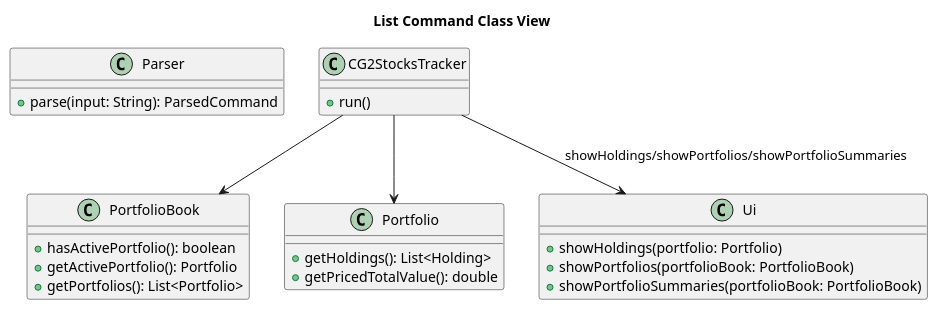
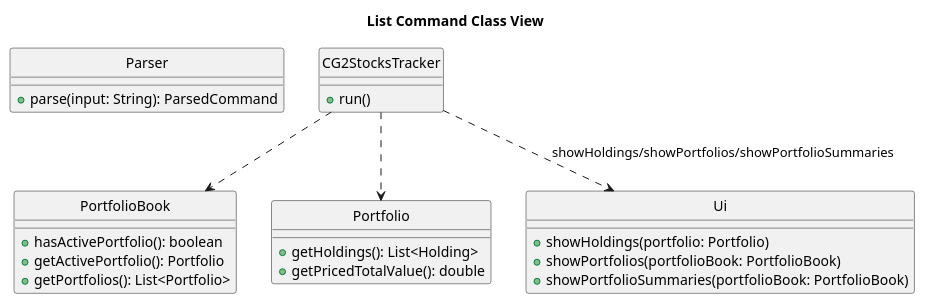
One commit to zenweilow/tp changed the diagram in docs/diagrams/UML/list-command-class.puml. Above: the diagram before and after it, drawn with PlantUML. The commit also changed 26 other files, not shown here.

Commit message:
Fix colon in sequence diagrams, C in class diagrams

```diff
--- a/docs/diagrams/UML/list-command-class.puml
+++ b/docs/diagrams/UML/list-command-class.puml
@@ -2,32 +2,33 @@
 @startuml
 title List Command Class View
+hide circle
 
 class Parser {
   + parse(input: String): ParsedCommand
 }
 
 class CG2StocksTracker {
   + run()
 }
 
 class PortfolioBook {
   + hasActivePortfolio(): boolean
   + getActivePortfolio(): Portfolio
   + getPortfolios(): List<Portfolio>
 }
 
 class Portfolio {
   + getHoldings(): List<Holding>
   + getPricedTotalValue(): double
 }
 
 class Ui {
   + showHoldings(portfolio: Portfolio)
   + showPortfolios(portfolioBook: PortfolioBook)
   + showPortfolioSummaries(portfolioBook: PortfolioBook)
 }
 
-CG2StocksTracker --> PortfolioBook
-CG2StocksTracker --> Portfolio
-CG2StocksTracker --> Ui : showHoldings/showPortfolios/showPortfolioSummaries
+CG2StocksTracker ..> PortfolioBook
+CG2StocksTracker ..> Portfolio
+CG2StocksTracker ..> Ui : showHoldings/showPortfolios/showPortfolioSummaries
 @enduml
```
